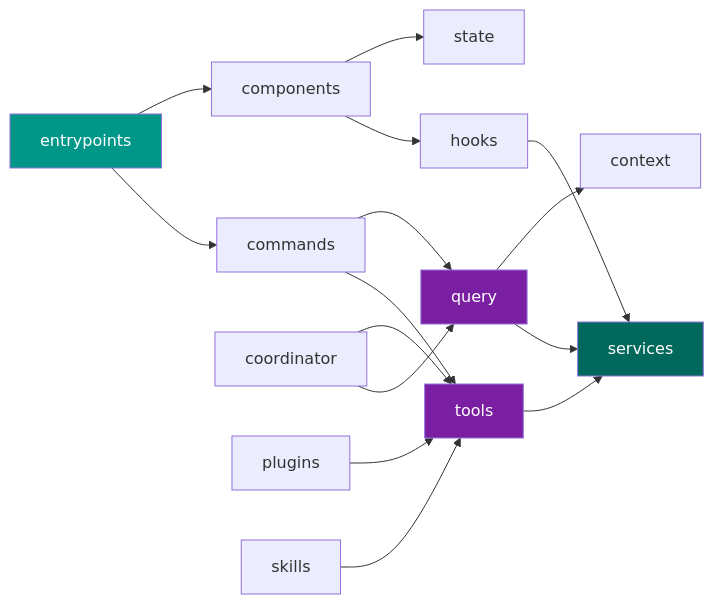
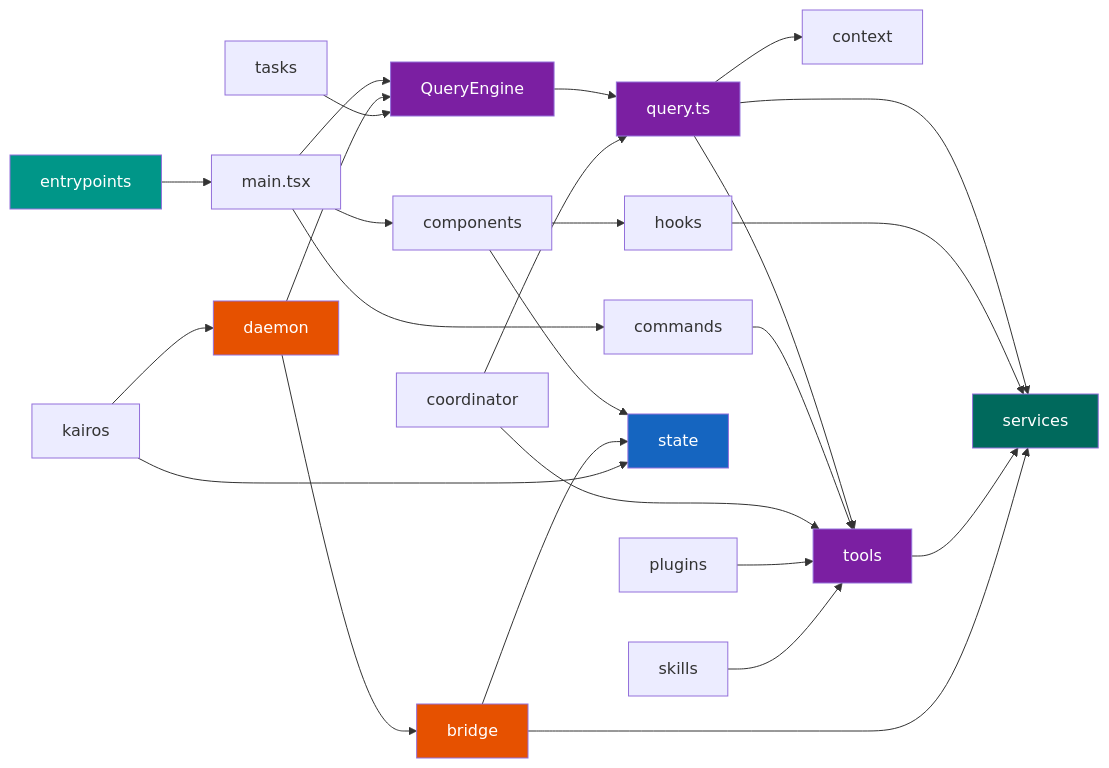
The diagram in docs-site/docs/modules/index.md (LaiosOvO/claude-code), drawn with Mermaid before and after one commit. The commit also changed other lines of this file and 107 other files, not shown here.

````diff
--- a/docs-site/docs/modules/index.md
+++ b/docs-site/docs/modules/index.md
@@ -33,22 +40,36 @@
 ```mermaid
 graph LR
-    entrypoints --> commands
-    entrypoints --> components
+    entrypoints --> main.tsx
+    main.tsx --> QueryEngine
+    main.tsx --> commands
+    main.tsx --> components
+    QueryEngine --> query.ts
+    query.ts --> services
+    query.ts --> context
+    query.ts --> tools
     commands --> tools
-    commands --> query
     components --> hooks
     components --> state
     hooks --> services
-    query --> services
-    query --> context
     tools --> services
-    coordinator --> query
+    coordinator --> query.ts
     coordinator --> tools
     plugins --> tools
     skills --> tools
+    bridge --> services
+    bridge --> state
+    daemon --> bridge
+    daemon --> QueryEngine
+    kairos --> daemon
+    kairos --> state
+    tasks --> QueryEngine
 
     style entrypoints fill:#009688,color:#fff
     style tools fill:#7B1FA2,color:#fff
-    style query fill:#7B1FA2,color:#fff
+    style query.ts fill:#7B1FA2,color:#fff
+    style QueryEngine fill:#7B1FA2,color:#fff
     style services fill:#00695C,color:#fff
+    style bridge fill:#E65100,color:#fff
+    style daemon fill:#E65100,color:#fff
+    style state fill:#1565C0,color:#fff
 ```
````
